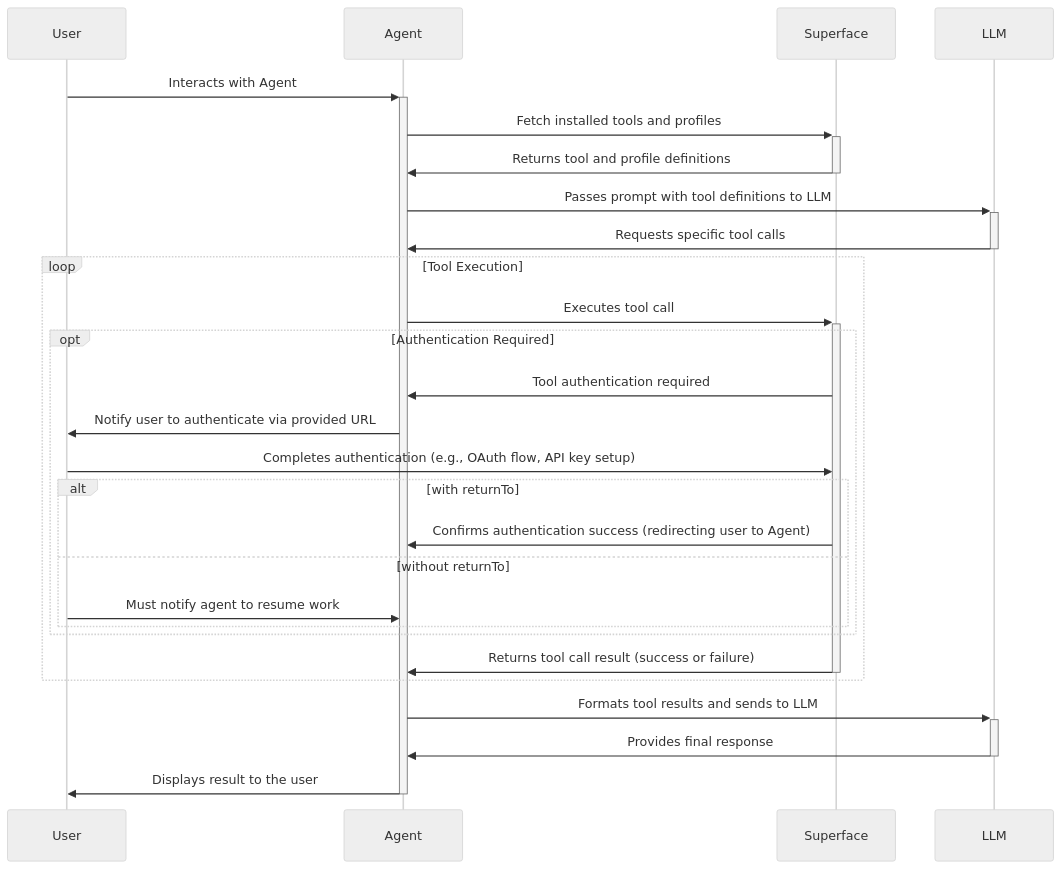
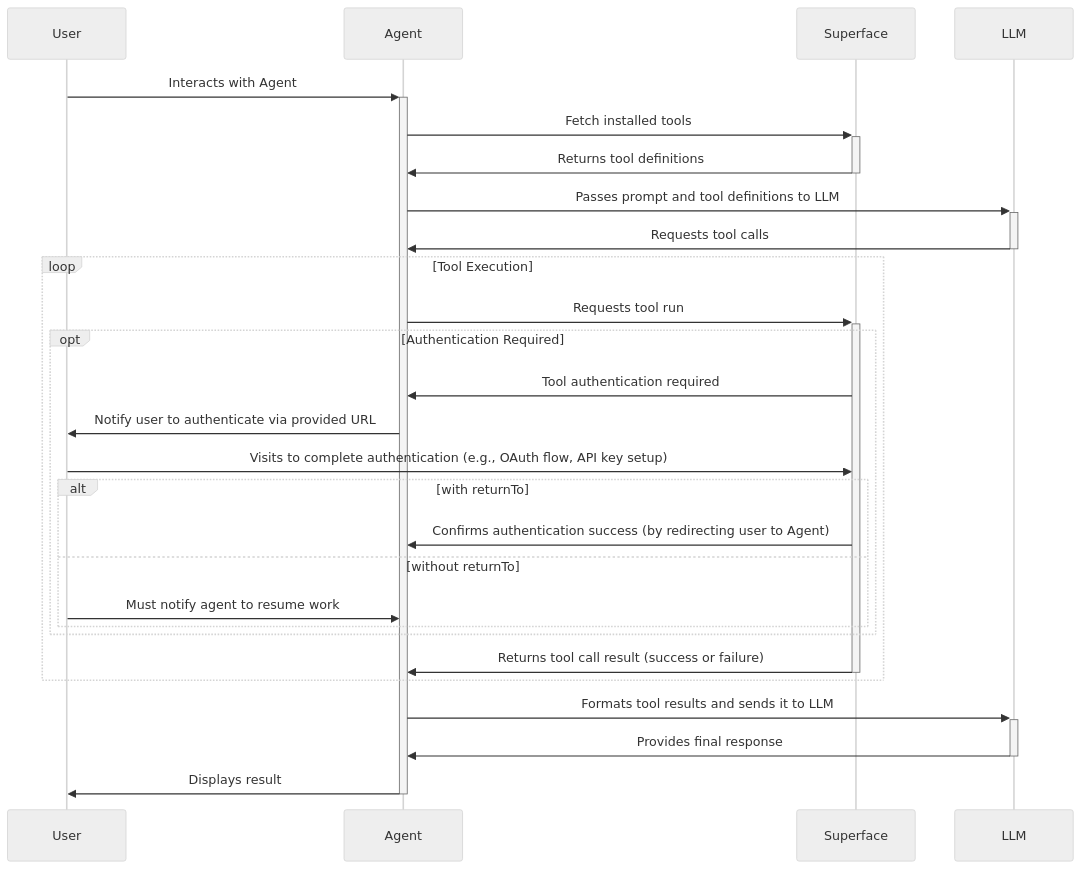
Before and after one commit to superfaceai/sdk: the diagram in README.md, drawn with Mermaid (neutral theme). The commit also changed other lines of this file, not shown here.

Commit message:
fixes in sequence diagram

````diff
--- a/README.md
+++ b/README.md
@@ -18,29 +18,29 @@
 ```mermaid
 sequenceDiagram
     participant u as User
     participant a as Agent
     participant sf as Superface
     participant l as LLM
     u ->>+ a: Interacts with Agent
-    a ->>+ sf: Fetch installed tools and profiles
-    sf ->>- a: Returns tool and profile definitions
-    a ->>+ l: Passes prompt with tool definitions to LLM
-    l ->>- a: Requests specific tool calls
+    a ->>+ sf: Fetch installed tools
+    sf ->>- a: Returns tool definitions
+    a ->>+ l: Passes prompt and tool definitions to LLM
+    l ->>- a: Requests tool calls
     loop Tool Execution
-        a ->>+ sf: Executes tool call
+        a ->>+ sf: Requests tool run
         opt Authentication Required
             sf ->> a: Tool authentication required
             a ->> u: Notify user to authenticate via provided URL
-            u ->> sf: Completes authentication (e.g., OAuth flow, API key setup)
+            u ->> sf: Visits to complete authentication (e.g., OAuth flow, API key setup)
             alt with returnTo
-                sf ->> a: Confirms authentication success (redirecting user to Agent)
+                sf ->> a: Confirms authentication success (by redirecting user to Agent)
             else without returnTo
                 u ->> a: Must notify agent to resume work
             end
         end
         sf ->>- a: Returns tool call result (success or failure)
     end
-    a ->>+ l: Formats tool results and sends to LLM
+    a ->>+ l: Formats tool results and sends it to LLM
     l ->>- a: Provides final response
-    a ->>- u: Displays result to the user
+    a ->>- u: Displays result
 ```
````
